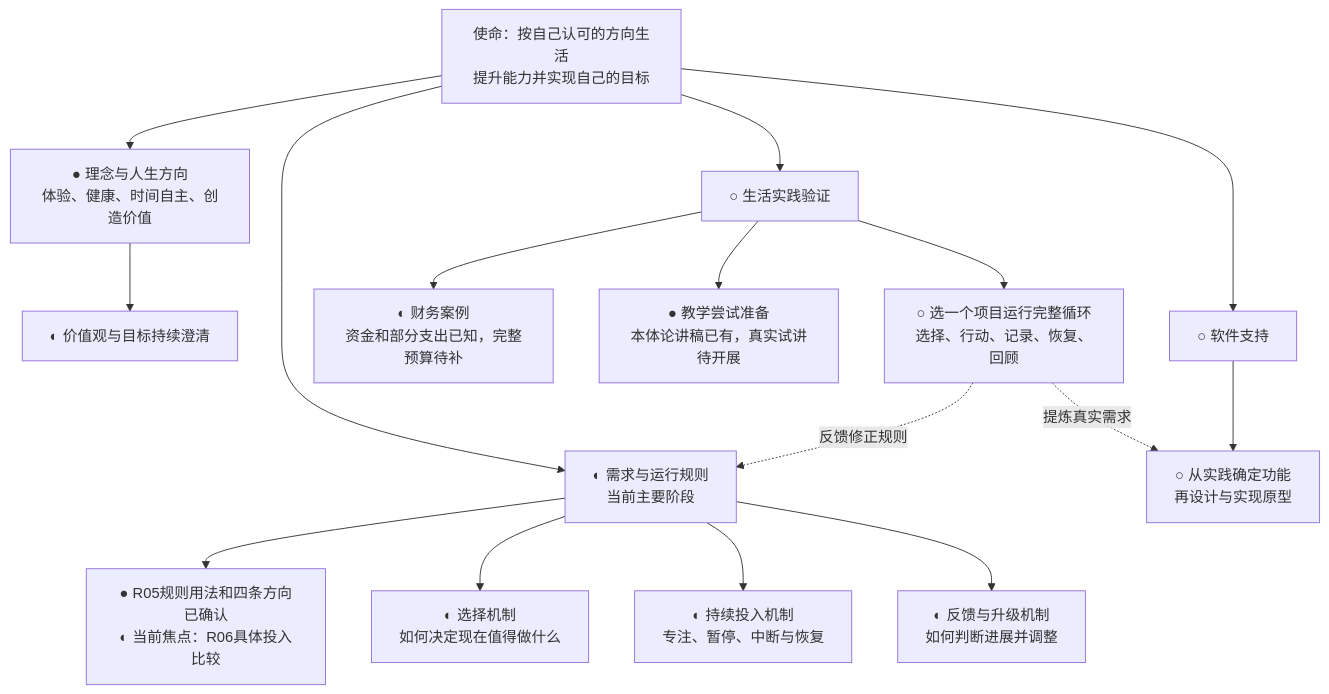
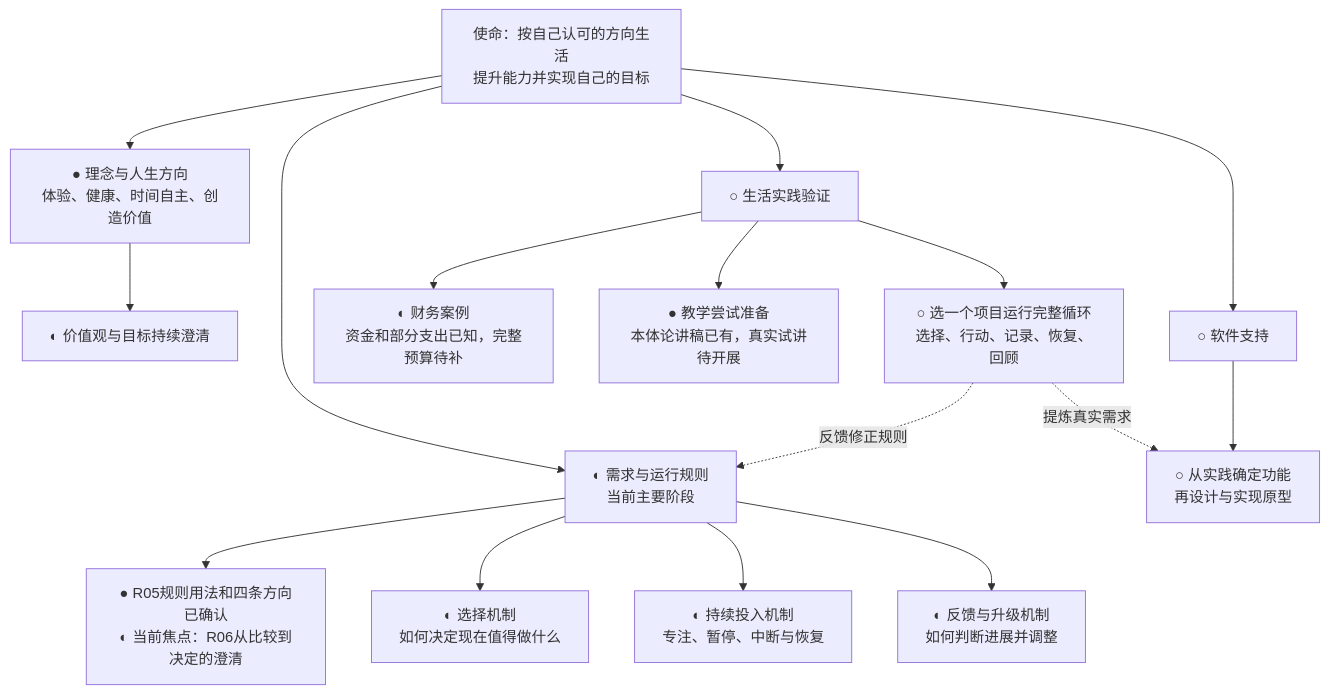
Before and after one commit to fangjiaqi2023-jpg/life-flywheel: the first of 2 diagrams in 项目/人生飞轮/项目推进图.md, drawn with Mermaid. The commit also changed other lines of this file, not shown here.

````diff
--- a/项目/人生飞轮/项目推进图.md
+++ b/项目/人生飞轮/项目推进图.md
@@ -11,22 +11,22 @@
 ```mermaid
 flowchart TD
     M[使命：按自己认可的方向生活<br/>提升能力并实现自己的目标]
     M --> A[● 理念与人生方向<br/>体验、健康、时间自主、创造价值]
     M --> B[◐ 需求与运行规则<br/>当前主要阶段]
     M --> C[○ 生活实践验证]
     M --> D[○ 软件支持]
 
     A --> A1[◐ 价值观与目标持续澄清]
-    B --> B0[● R05规则用法和四条方向已确认<br/>◐ 当前焦点：R06具体投入比较]
+    B --> B0[● R05规则用法和四条方向已确认<br/>◐ 当前焦点：R06从比较到决定的澄清]
     B --> B1[◐ 选择机制<br/>如何决定现在值得做什么]
     B --> B2[◐ 持续投入机制<br/>专注、暂停、中断与恢复]
     B --> B3[◐ 反馈与升级机制<br/>如何判断进展并调整]
 
     C --> C1[◐ 财务案例<br/>资金和部分支出已知，完整预算待补]
     C --> C2[● 教学尝试准备<br/>本体论讲稿已有，真实试讲待开展]
     C --> C3[○ 选一个项目运行完整循环<br/>选择、行动、记录、恢复、回顾]
     D --> D1[○ 从实践确定功能<br/>再设计与实现原型]
 
     C3 -.反馈修正规则.-> B
     C3 -.提炼真实需求.-> D1
 ```
````
